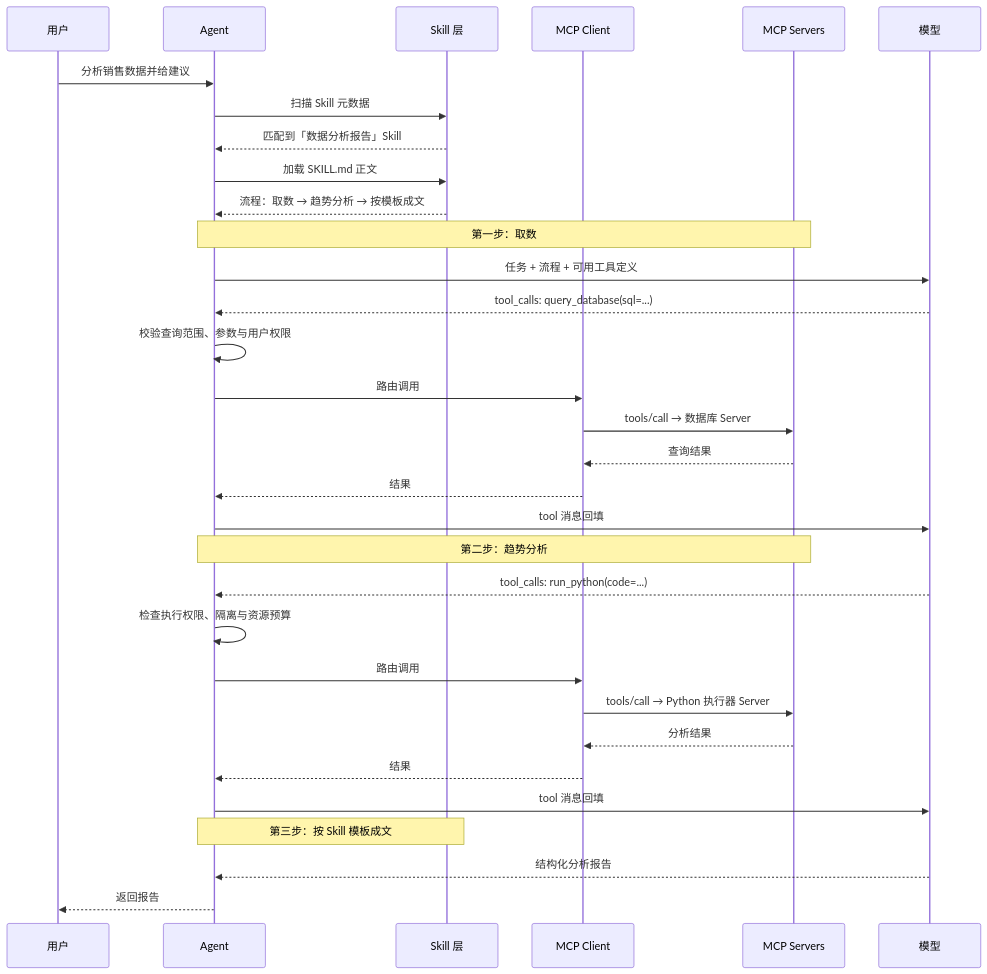
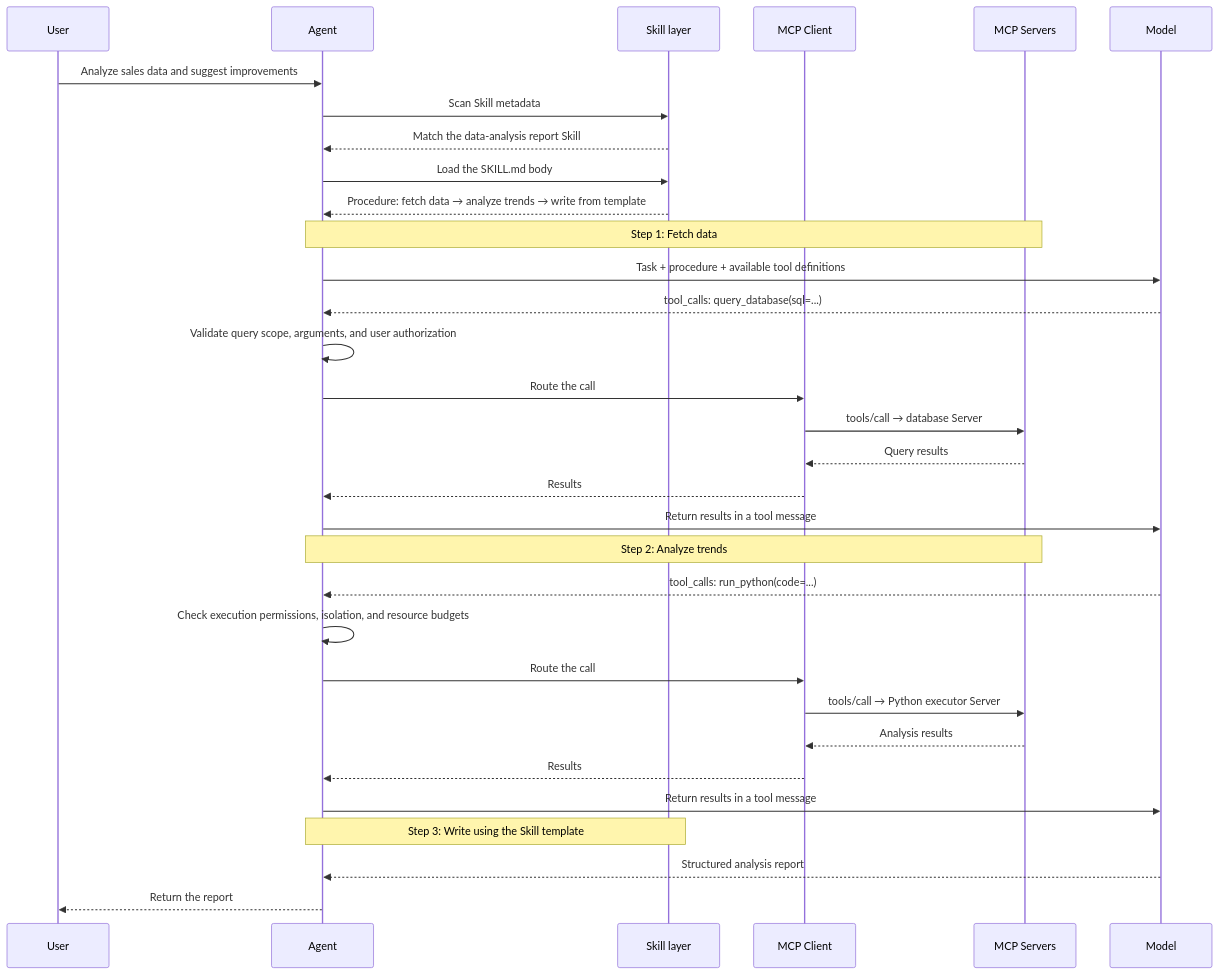
Before and after one commit to oneleaveknowsthefall/awesome-ai-roadmap: the fourth of 4 diagrams in docs/tools/03-skills/10-fc-skill-mcp.md, drawn with Mermaid. The commit also changed other lines of this file and 42 other files, not shown here.

````diff
--- a/docs/tools/03-skills/10-fc-skill-mcp.md
+++ b/docs/tools/03-skills/10-fc-skill-mcp.md
@@ -113,38 +113,38 @@
 ```mermaid
 sequenceDiagram
-    participant U as 用户
+    participant U as User
     participant A as Agent
-    participant SK as Skill 层
+    participant SK as Skill layer
     participant MC as MCP Client
     participant MS as MCP Servers
-    participant M as 模型
+    participant M as Model
 
-    U->>A: 分析销售数据并给建议
-    A->>SK: 扫描 Skill 元数据
-    SK-->>A: 匹配到「数据分析报告」Skill
-    A->>SK: 加载 SKILL.md 正文
-    SK-->>A: 流程：取数 → 趋势分析 → 按模板成文
+    U->>A: Analyze sales data and suggest improvements
+    A->>SK: Scan Skill metadata
+    SK-->>A: Match the data-analysis report Skill
+    A->>SK: Load the SKILL.md body
+    SK-->>A: Procedure: fetch data → analyze trends → write from template
 
-    Note over A,MS: 第一步：取数
-    A->>M: 任务 + 流程 + 可用工具定义
+    Note over A,MS: Step 1: Fetch data
+    A->>M: Task + procedure + available tool definitions
     M-->>A: tool_calls: query_database(sql=...)
-    A->>A: 校验查询范围、参数与用户权限
-    A->>MC: 路由调用
-    MC->>MS: tools/call → 数据库 Server
-    MS-->>MC: 查询结果
-    MC-->>A: 结果
-    A->>M: tool 消息回填
+    A->>A: Validate query scope, arguments, and user authorization
+    A->>MC: Route the call
+    MC->>MS: tools/call → database Server
+    MS-->>MC: Query results
+    MC-->>A: Results
+    A->>M: Return results in a tool message
 
-    Note over A,MS: 第二步：趋势分析
+    Note over A,MS: Step 2: Analyze trends
     M-->>A: tool_calls: run_python(code=...)
-    A->>A: 检查执行权限、隔离与资源预算
-    A->>MC: 路由调用
-    MC->>MS: tools/call → Python 执行器 Server
-    MS-->>MC: 分析结果
-    MC-->>A: 结果
-    A->>M: tool 消息回填
+    A->>A: Check execution permissions, isolation, and resource budgets
+    A->>MC: Route the call
+    MC->>MS: tools/call → Python executor Server
+    MS-->>MC: Analysis results
+    MC-->>A: Results
+    A->>M: Return results in a tool message
 
-    Note over A,SK: 第三步：按 Skill 模板成文
-    M-->>A: 结构化分析报告
-    A-->>U: 返回报告
+    Note over A,SK: Step 3: Write using the Skill template
+    M-->>A: Structured analysis report
+    A-->>U: Return the report
 ```
````
